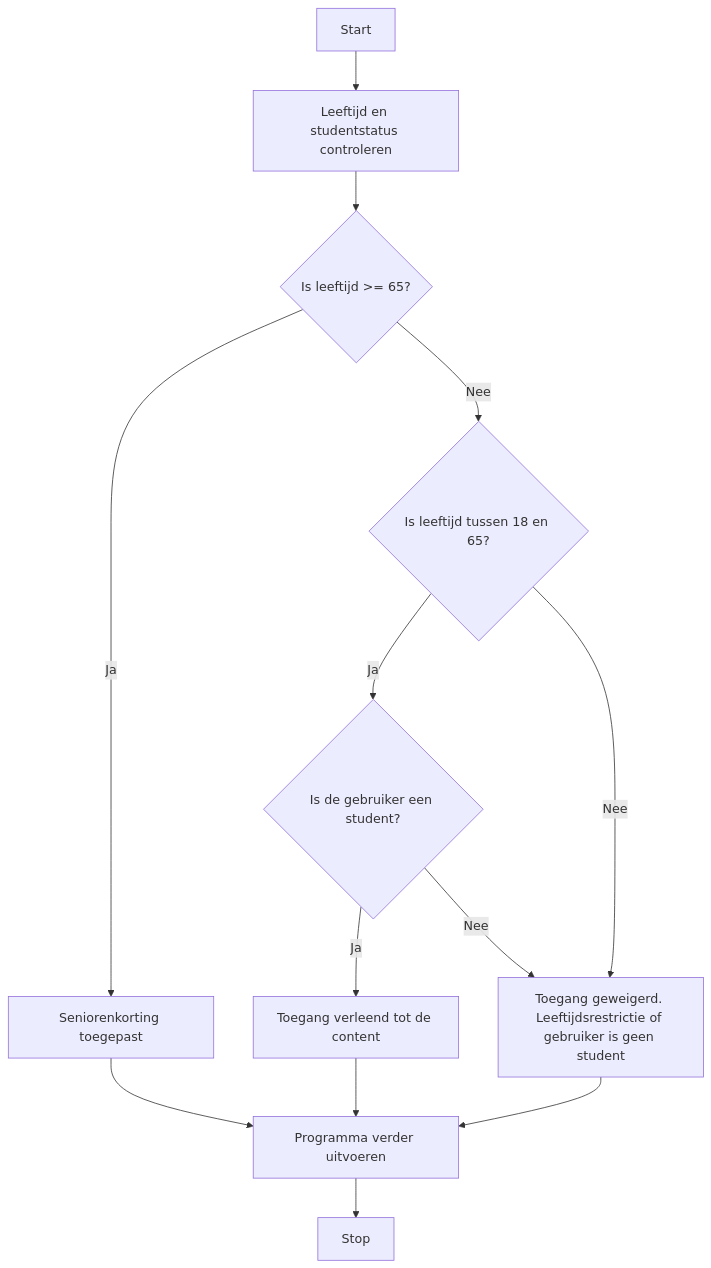
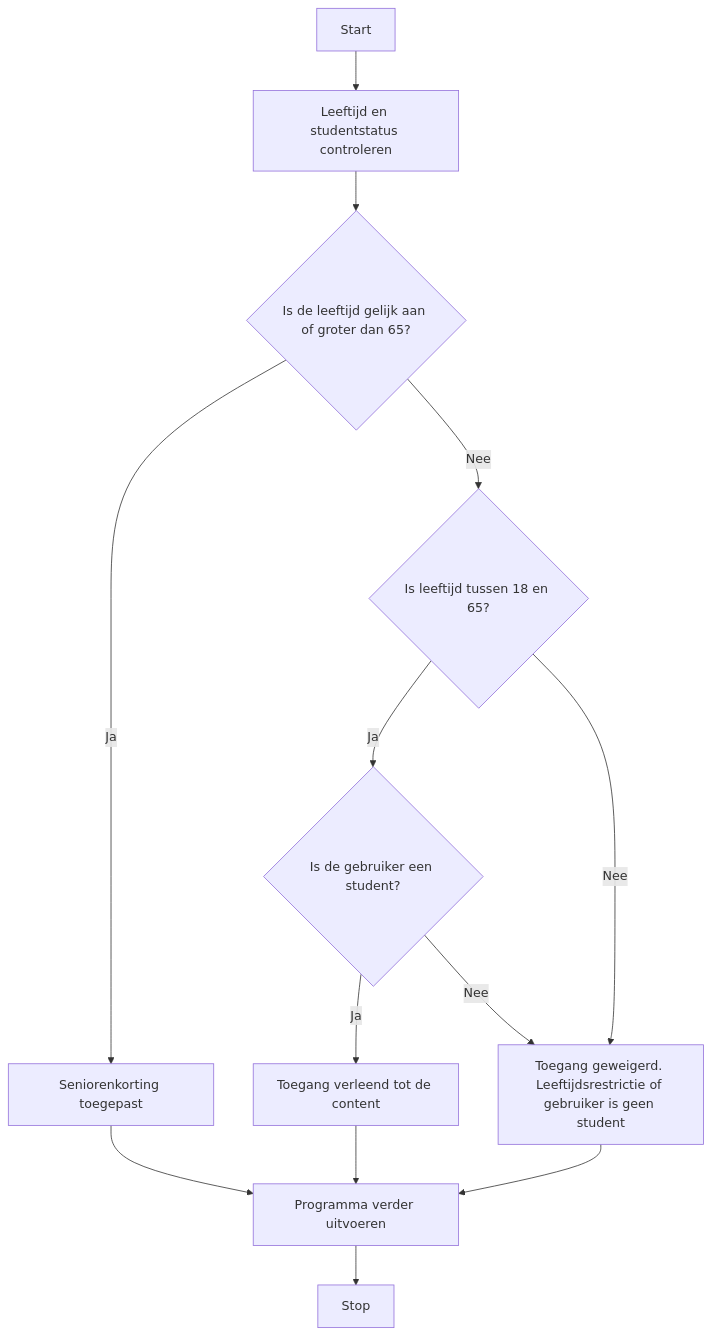
One commit to Windesheim-HBO-ICT/Leerlijn-Content-SE changed the second of 2 diagrams in content/2. Ondersteunende-informatie/3. Processen/4. Implementatieproces/2. Bouwen softwaresysteem/If-else/3. If-Else-Logical-Operators.md. Above: the diagram before and after it, drawn with Mermaid. The commit also changed other lines of this file and 4 other files, not shown here.

````diff
--- a/content/2. Ondersteunende-informatie/3. Processen/4. Implementatieproces/2. Bouwen softwaresysteem/If-else/3. If-Else-Logical-Operators.md
+++ b/content/2. Ondersteunende-informatie/3. Processen/4. Implementatieproces/2. Bouwen softwaresysteem/If-else/3. If-Else-Logical-Operators.md
@@ -74,15 +84,15 @@
 ```mermaid
 flowchart TD
     A[Start] --> B[Leeftijd en studentstatus controleren]
-    B --> C{Is leeftijd >= 65?}
+    B --> C{Is de leeftijd gelijk aan of groter dan 65?}
     C -- Ja --> D[Seniorenkorting toegepast]
     C -- Nee --> E{Is leeftijd tussen 18 en 65?}
     E -- Ja --> G{Is de gebruiker een student?}
     G -- Ja --> H[Toegang verleend tot de content]
     G -- Nee --> F[Toegang geweigerd. Leeftijdsrestrictie of gebruiker is geen student]
     E -- Nee --> F
     D --> I[Programma verder uitvoeren]
     H --> I
     F --> I
     I --> J[Stop]
 ```
````
